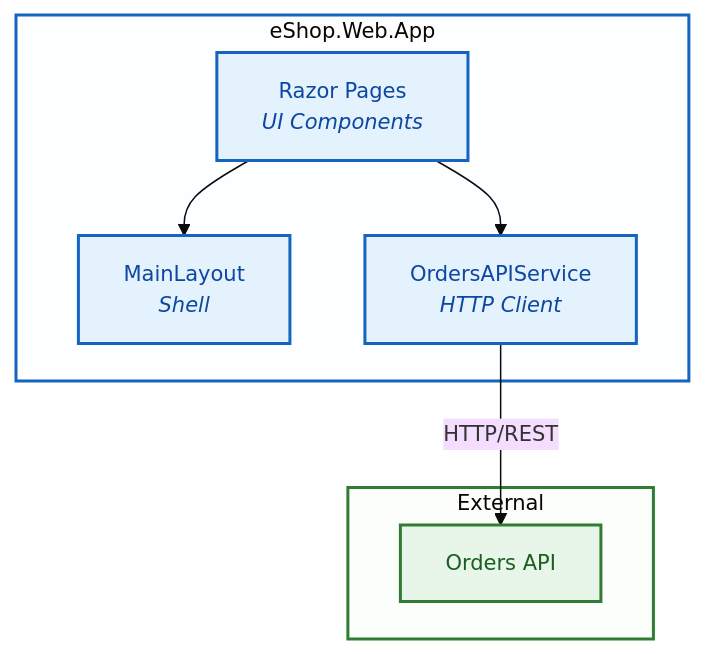
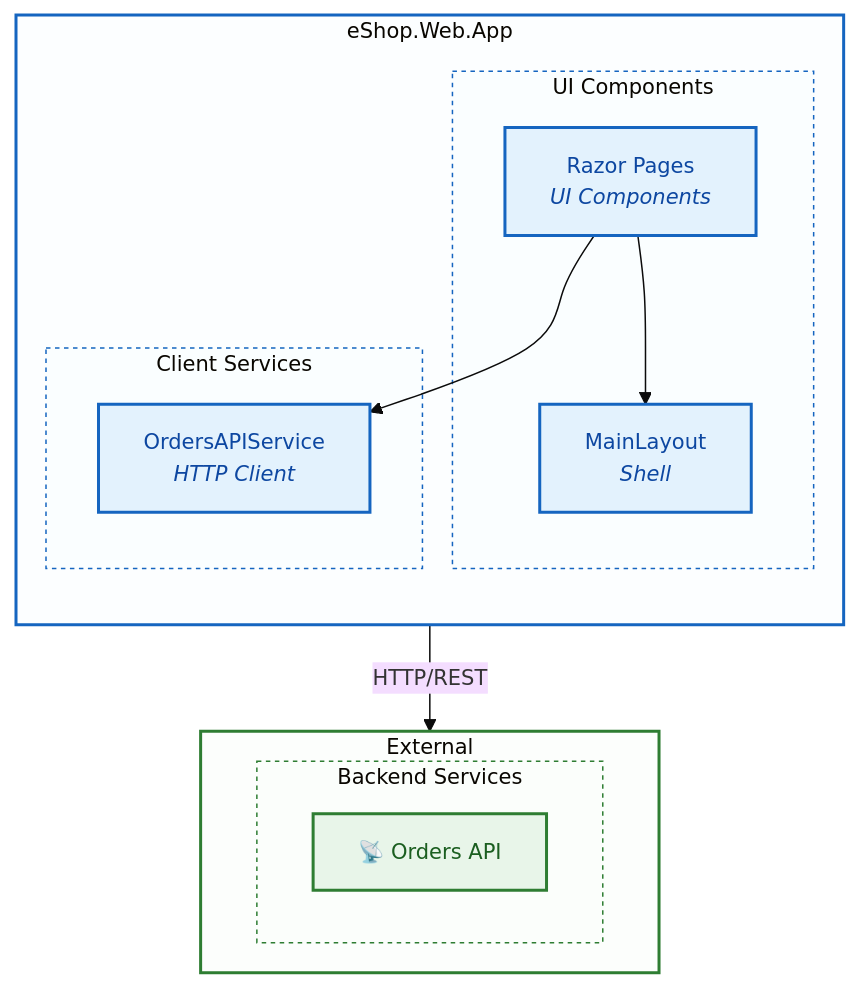
The third of 5 diagrams in docs/architecture/03-application-architecture.md (Evilazaro/Azure-LogicApps-Monitoring), drawn with Mermaid before and after one commit. The commit also changed other lines of this file, not shown here.

Commit message:
Refactor application architecture diagrams with improved subgraph organization and styling for enhanced clarity and visual grouping

````diff
--- a/docs/architecture/03-application-architecture.md
+++ b/docs/architecture/03-application-architecture.md
@@ -213,28 +254,39 @@
 ```mermaid
 %%{init: {'theme': 'base', 'themeVariables': { 'fontSize': '14px'}}}%%
 flowchart TB
     subgraph WebApp["eShop.Web.App"]
-        Pages["Razor Pages<br/><i>UI Components</i>"]
-        Layout["MainLayout<br/><i>Shell</i>"]
-        APIService["OrdersAPIService<br/><i>HTTP Client</i>"]
+        direction TB
+        subgraph UIComponents["UI Components"]
+            Pages["Razor Pages<br/><i>UI Components</i>"]
+            Layout["MainLayout<br/><i>Shell</i>"]
+        end
+        subgraph ClientServices["Client Services"]
+            APIService["OrdersAPIService<br/><i>HTTP Client</i>"]
+        end
     end
 
     subgraph External["External"]
-        API["Orders API"]
+        direction LR
+        subgraph BackendServices["Backend Services"]
+            API["📡 Orders API"]
+        end
     end
 
     Pages --> Layout
     Pages --> APIService
     APIService -->|"HTTP/REST"| API
 
     %% Accessible color palette
     classDef internal fill:#e3f2fd,stroke:#1565c0,stroke-width:2px,color:#0d47a1
     classDef external fill:#e8f5e9,stroke:#2e7d32,stroke-width:2px,color:#1b5e20
 
     class Pages,Layout,APIService internal
     class API external
 
     %% Subgraph container styling for visual layer grouping
     style WebApp fill:#e3f2fd22,stroke:#1565c0,stroke-width:2px
     style External fill:#e8f5e922,stroke:#2e7d32,stroke-width:2px
+    style UIComponents fill:#e3f2fd11,stroke:#1565c0,stroke-width:1px,stroke-dasharray:3
+    style ClientServices fill:#e3f2fd11,stroke:#1565c0,stroke-width:1px,stroke-dasharray:3
+    style BackendServices fill:#e8f5e911,stroke:#2e7d32,stroke-width:1px,stroke-dasharray:3
 ```
````
